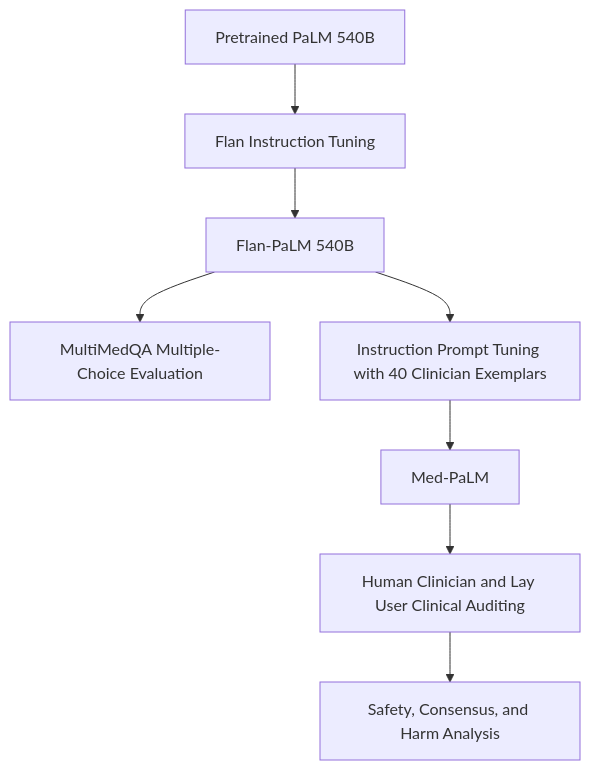
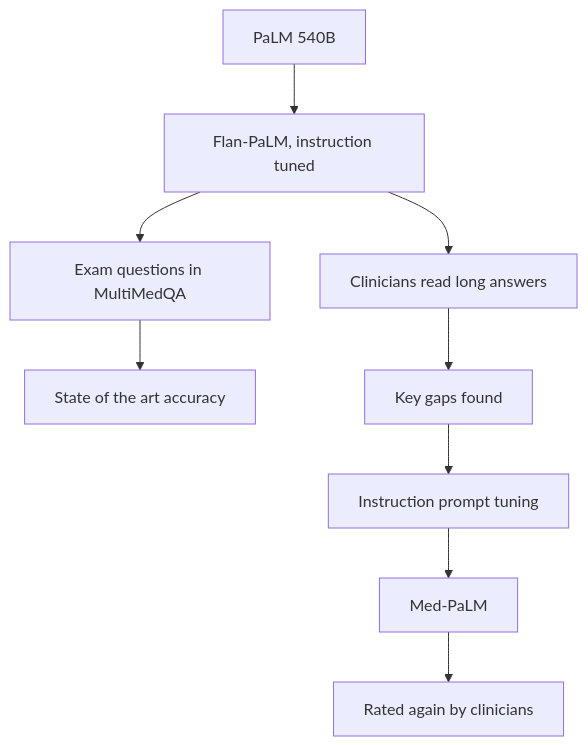
Before and after one commit to Tarunsai08/PaperStack: the diagram in content/papers/large-language-models-encode-clinical-knowledge.md, drawn with Mermaid. The commit also changed other lines of this file and 14 other files, not shown here.

````diff
--- a/content/papers/large-language-models-encode-clinical-knowledge.md
+++ b/content/papers/large-language-models-encode-clinical-knowledge.md
@@ -104,10 +115,11 @@
 ```mermaid
 flowchart TD
-    A[Pretrained PaLM 540B] --> B[Flan Instruction Tuning]
-    B --> C[Flan-PaLM 540B]
-    C --> D[MultiMedQA Multiple-Choice Evaluation]
-    C --> E[Instruction Prompt Tuning with 40 Clinician Exemplars]
-    E --> F[Med-PaLM]
-    F --> G[Human Clinician and Lay User Clinical Auditing]
-    G --> H[Safety, Consensus, and Harm Analysis]
+  A[PaLM 540B] --> B[Flan-PaLM, instruction tuned]
+  B --> C[Exam questions in MultiMedQA]
+  C --> D[State of the art accuracy]
+  B --> E[Clinicians read long answers]
+  E --> F[Key gaps found]
+  F --> G[Instruction prompt tuning]
+  G --> H[Med-PaLM]
+  H --> I[Rated again by clinicians]
 ```
````
